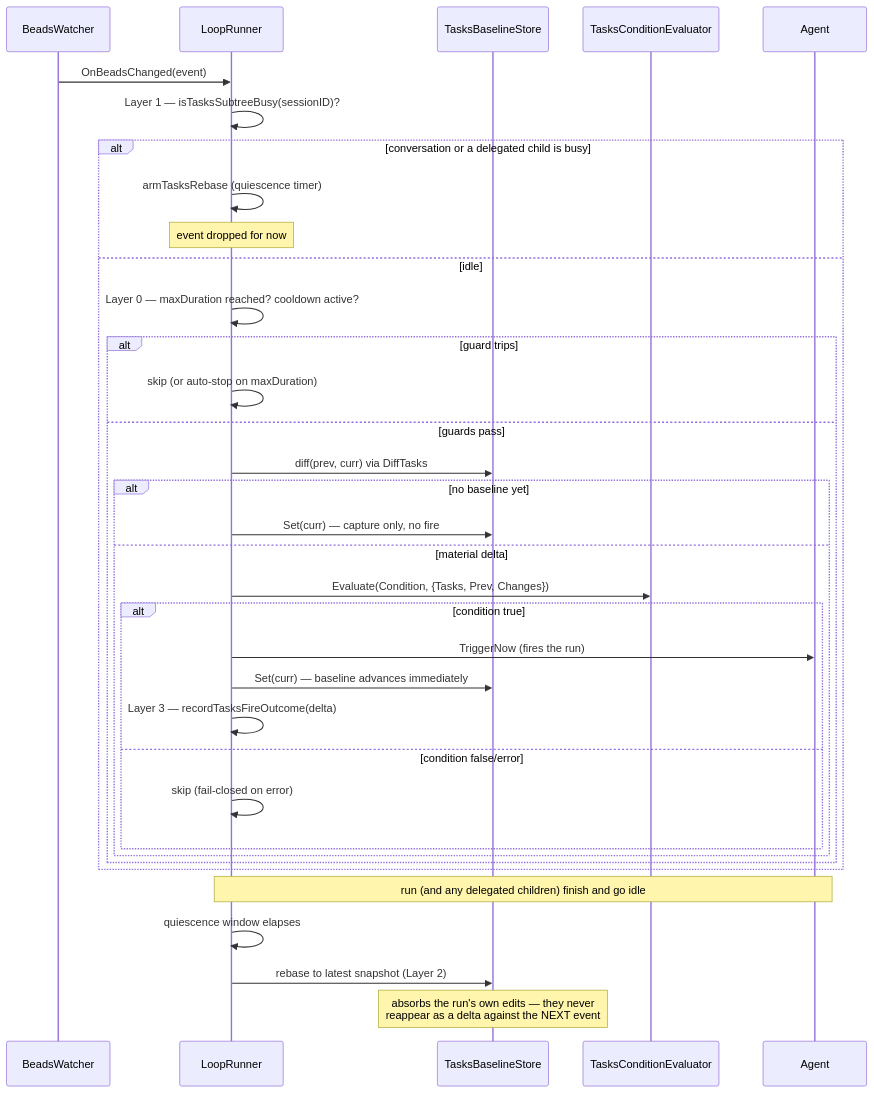
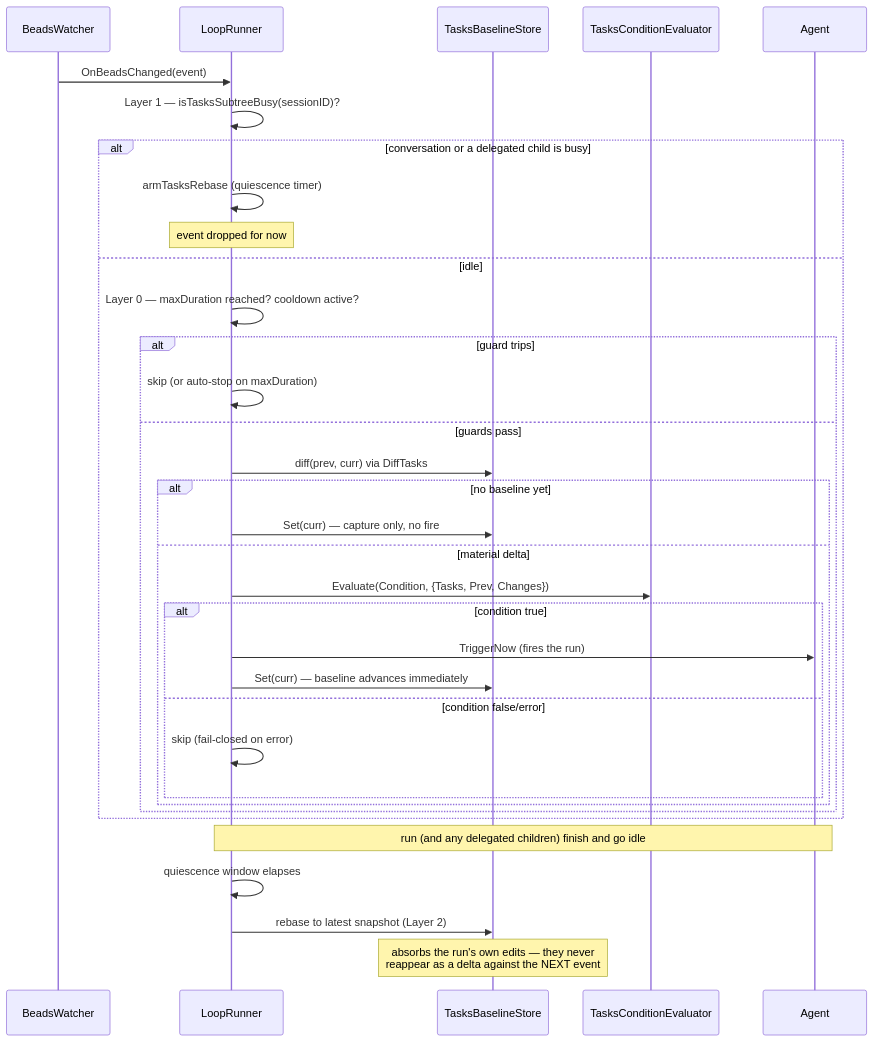
Before and after one commit to inercia/mitto: the third of 5 diagrams in docs/devel/message-queue.md, drawn with Mermaid. The commit also changed other lines of this file and 18 other files, not shown here.

````diff
--- a/docs/devel/message-queue.md
+++ b/docs/devel/message-queue.md
@@ -234,39 +234,38 @@
 ```mermaid
 sequenceDiagram
     participant Watcher as BeadsWatcher
     participant PR as LoopRunner
     participant Baseline as TasksBaselineStore
     participant CEL as TasksConditionEvaluator
     participant Agent
 
     Watcher->>PR: OnBeadsChanged(event)
     PR->>PR: Layer 1 — isTasksSubtreeBusy(sessionID)?
     alt conversation or a delegated child is busy
         PR->>PR: armTasksRebase (quiescence timer)
         Note over PR: event dropped for now
     else idle
         PR->>PR: Layer 0 — maxDuration reached? cooldown active?
         alt guard trips
             PR->>PR: skip (or auto-stop on maxDuration)
         else guards pass
             PR->>Baseline: diff(prev, curr) via DiffTasks
             alt no baseline yet
                 PR->>Baseline: Set(curr) — capture only, no fire
             else material delta
                 PR->>CEL: Evaluate(Condition, {Tasks, Prev, Changes})
                 alt condition true
                     PR->>Agent: TriggerNow (fires the run)
                     PR->>Baseline: Set(curr) — baseline advances immediately
-                    PR->>PR: Layer 3 — recordTasksFireOutcome(delta)
                 else condition false/error
                     PR->>PR: skip (fail-closed on error)
                 end
             end
         end
     end
 
     Note over PR,Agent: run (and any delegated children) finish and go idle
     PR->>PR: quiescence window elapses
     PR->>Baseline: rebase to latest snapshot (Layer 2)
     Note over Baseline: absorbs the run's own edits — they never<br/>reappear as a delta against the NEXT event
 ```
````
